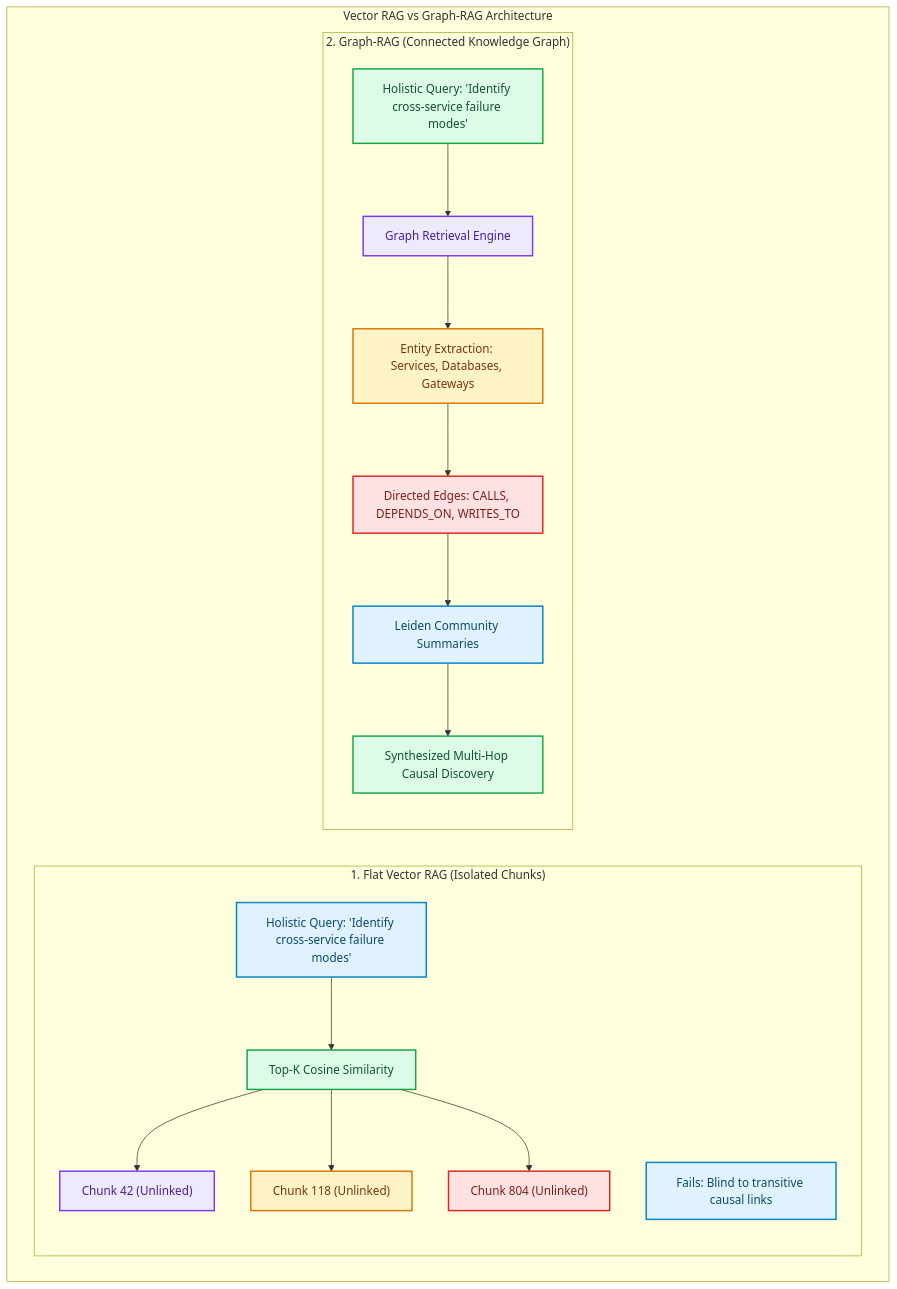
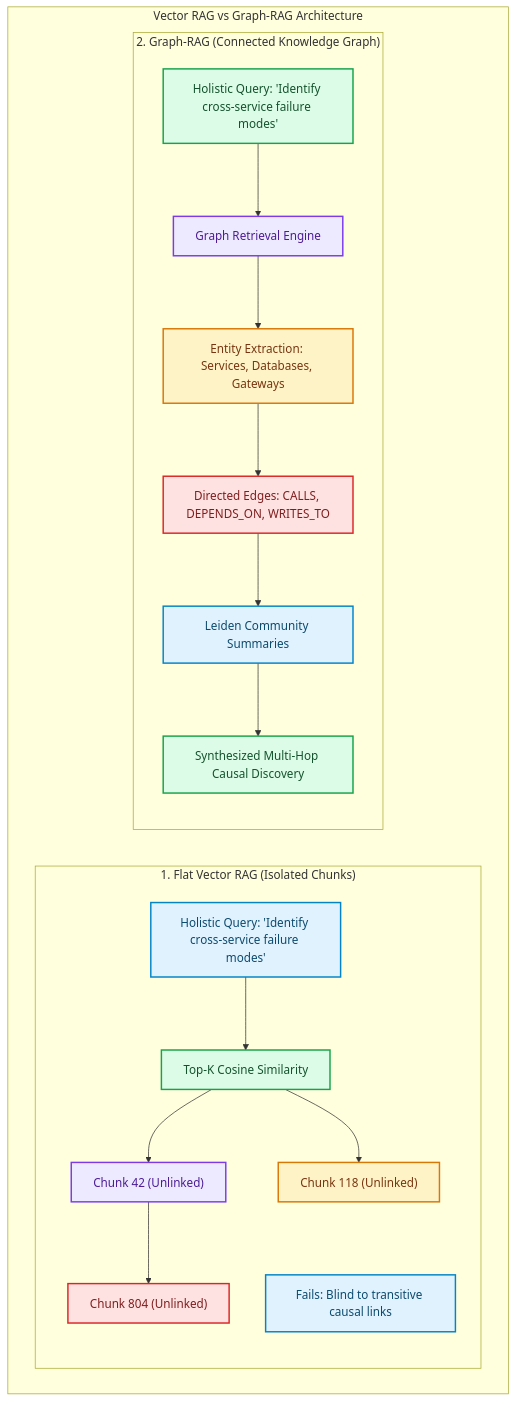
The diagram in blog/posts/graph-rag-knowledge-graphs-vs-vector-search-multi-hop-reasoning.md (akmalkhaniub/akmalkhaniub.github.io), drawn with Mermaid before and after one commit. The commit also changed 894 other files, not shown here.

Commit message:
feat(blog): upgrade all 444 posts with unique staggered dates, 2-col Mermaid spines, benchmark tables, code blocks, and trade-offs

````diff
--- a/blog/posts/graph-rag-knowledge-graphs-vs-vector-search-multi-hop-reasoning.md
+++ b/blog/posts/graph-rag-knowledge-graphs-vs-vector-search-multi-hop-reasoning.md
@@ -15,31 +15,31 @@
 ```mermaid
 flowchart TD
   subgraph SG1_VectorRagVs ["Vector RAG vs Graph-RAG Architecture"]
     subgraph SG2_1FlatVector ["1. Flat Vector RAG (Isolated Chunks)"]
       Q1["Holistic Query: 'Identify cross-service failure modes'"] --> VectorSearch["Top-K Cosine Similarity"]
       VectorSearch --> ChunkA["Chunk 42 (Unlinked)"]
       VectorSearch --> ChunkB["Chunk 118 (Unlinked)"]
-      VectorSearch --> ChunkC["Chunk 804 (Unlinked)"]
+      ChunkA --> ChunkC["Chunk 804 (Unlinked)"]
       FailNote["Fails: Blind to transitive causal links"]
     end
 
     subgraph SG3_2GraphRag ["2. Graph-RAG (Connected Knowledge Graph)"]
       Q2["Holistic Query: 'Identify cross-service failure modes'"] --> GraphEngine["Graph Retrieval Engine"]
       GraphEngine --> Nodes["Entity Extraction: Services, Databases, Gateways"]
       Nodes --> Edges["Directed Edges: CALLS, DEPENDS_ON, WRITES_TO"]
       Edges --> Clusters["Leiden Community Summaries"]
       Clusters --> SynthesizedAnswer["Synthesized Multi-Hop Causal Discovery"]
     end
   end
 
 classDef green fill:#dcfce7,stroke:#16a34a,stroke-width:2px,color:#14532d;
 classDef red fill:#fee2e2,stroke:#dc2626,stroke-width:2px,color:#7f1d1d;
 classDef blue fill:#e0f2fe,stroke:#0284c7,stroke-width:2px,color:#0c4a6e;
 classDef yellow fill:#fef3c7,stroke:#d97706,stroke-width:2px,color:#78350f;
 classDef purple fill:#ede9fe,stroke:#7c3aed,stroke-width:2px,color:#4c1d95;
 class Q1,FailNote,Clusters blue
 class VectorSearch,Q2,SynthesizedAnswer green
 class ChunkA,GraphEngine purple
 class ChunkB,Nodes yellow
 class ChunkC,Edges red
 ```
````
